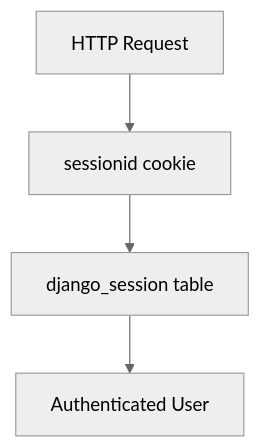
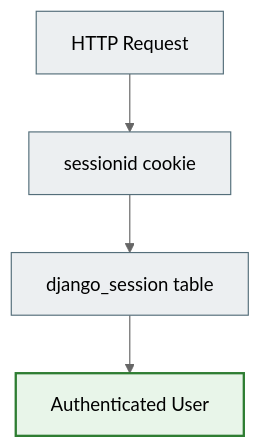
Before and after one commit to NikoriakViktot/notes_chat_app: the ninth of 19 diagrams in docs/02_django_core/django_mermaid_full.md, drawn with Mermaid (neutral theme). The commit also changed other lines of this file and 441 other files, not shown here.

First line of the commit message:
Add English version of the book, Mermaid standard, docs fixes

````diff
--- a/docs/02_django_core/django_mermaid_full.md
+++ b/docs/02_django_core/django_mermaid_full.md
@@ -271,17 +280,22 @@
 ```mermaid
 flowchart TB
 
     Request["HTTP Request"]
 
     Cookie["sessionid cookie"]
 
     Session["django_session table"]
 
     User["Authenticated User"]
 
     Request --> Cookie
 
     Cookie --> Session
 
     Session --> User
+
+    classDef step     fill:#eceff1,stroke:#546e7a,stroke-width:1px;
+    classDef success  fill:#e8f5e9,stroke:#2e7d32,stroke-width:2px;
+    class Request,Cookie,Session step;
+    class User success;
 ```
````
